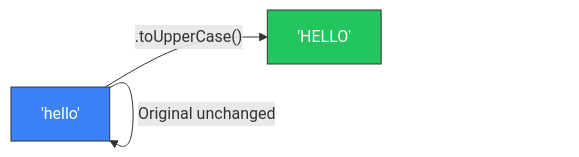
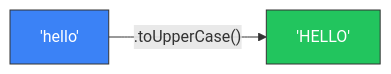
One commit to DinoQuinten/DSA-typescript changed the eighth of 18 diagrams in typescript-fundamentals/README.md. Above: the diagram before and after it, drawn with Mermaid. The commit also changed other lines of this file, not shown here.

Commit message:
improved mermaid digram

````diff
--- a/typescript-fundamentals/README.md
+++ b/typescript-fundamentals/README.md
@@ -437,7 +441,6 @@
 ```mermaid
 graph LR
     A["'hello'"] -->|".toUpperCase()"| B["'HELLO'"]
-    A -->|"Original unchanged"| A
     style A fill:#3b82f6,stroke:#333,color:#fff
     style B fill:#22c55e,stroke:#333,color:#fff
 ```
````
